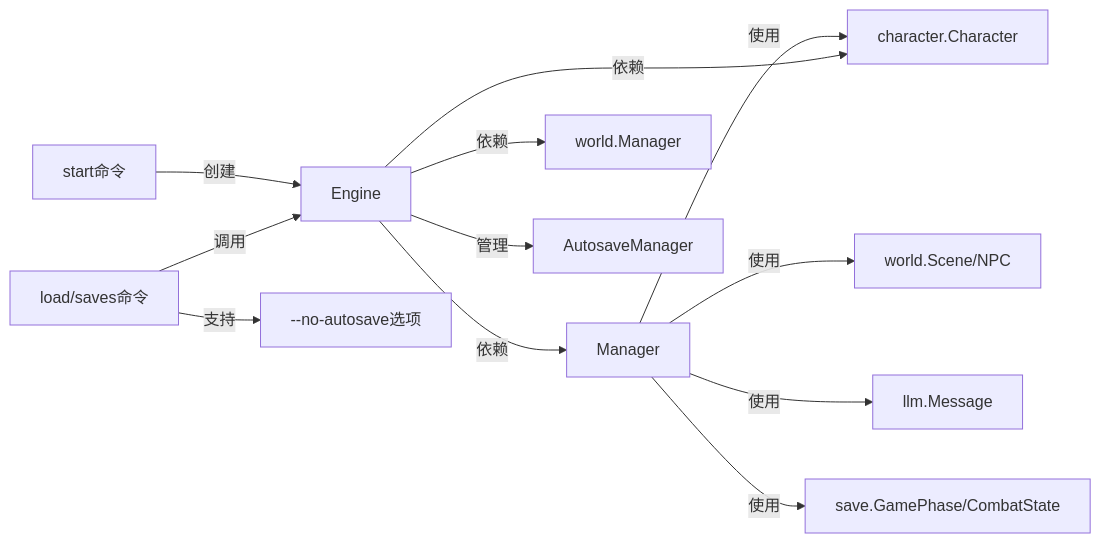
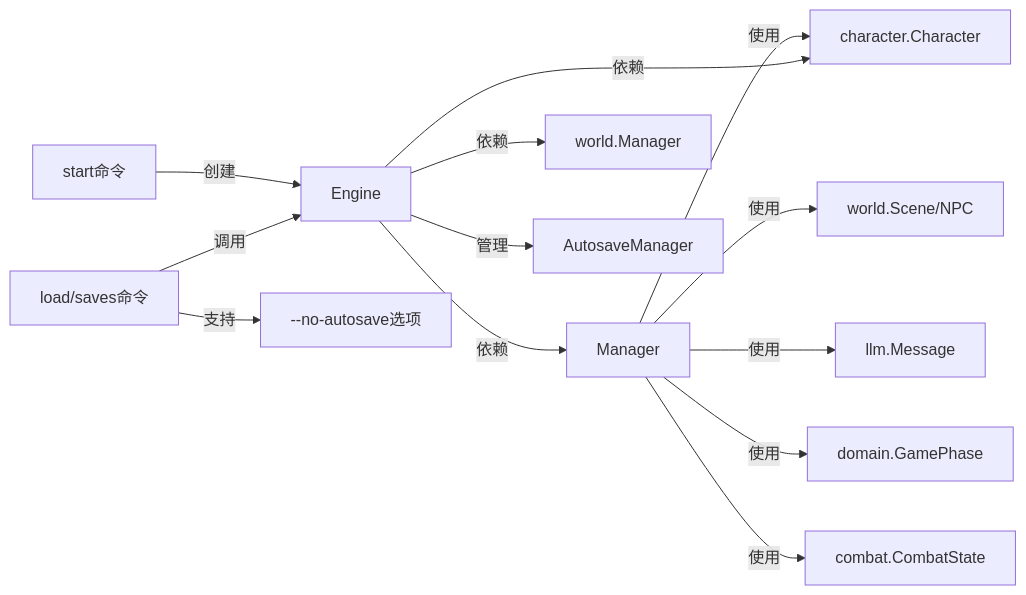
Before and after one commit to zwh8800/cdnd: the ninth of 9 diagrams in .qoder/repowiki/zh/content/存档系统.md, drawn with Mermaid. The commit also changed other lines of this file and 11 other files, not shown here.

````diff
--- a/.qoder/repowiki/zh/content/存档系统.md
+++ b/.qoder/repowiki/zh/content/存档系统.md
@@ -542,14 +541,15 @@
 ```mermaid
 graph LR
 MGR["Manager"] --> |使用| CHR["character.Character"]
 MGR --> |使用| WRLD["world.Scene/NPC"]
 MGR --> |使用| LLM["llm.Message"]
-MGR --> |使用| SAVE_TYPES["save.GamePhase/CombatState"]
+MGR --> |使用| GAME_PHASE["domain.GamePhase"]
+MGR --> |使用| COMBAT["combat.CombatState"]
 ENG["Engine"] --> |依赖| MGR
 ENG --> |依赖| CHR
 ENG --> |依赖| WRLD_MGR["world.Manager"]
 ENG --> |管理| AS["AutosaveManager"]
 START["start命令"] --> |创建| ENG
 LOAD["load/saves命令"] --> |调用| ENG
 LOAD --> |支持| NO_AUTOSAVE["--no-autosave选项"]
 ```
````
